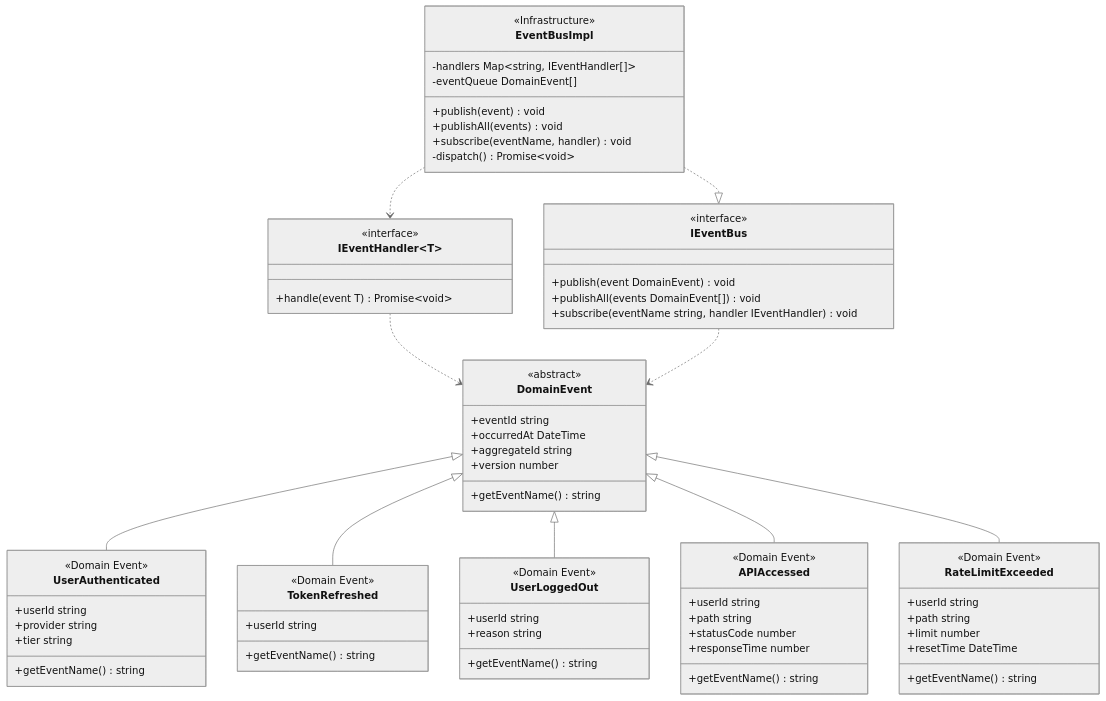
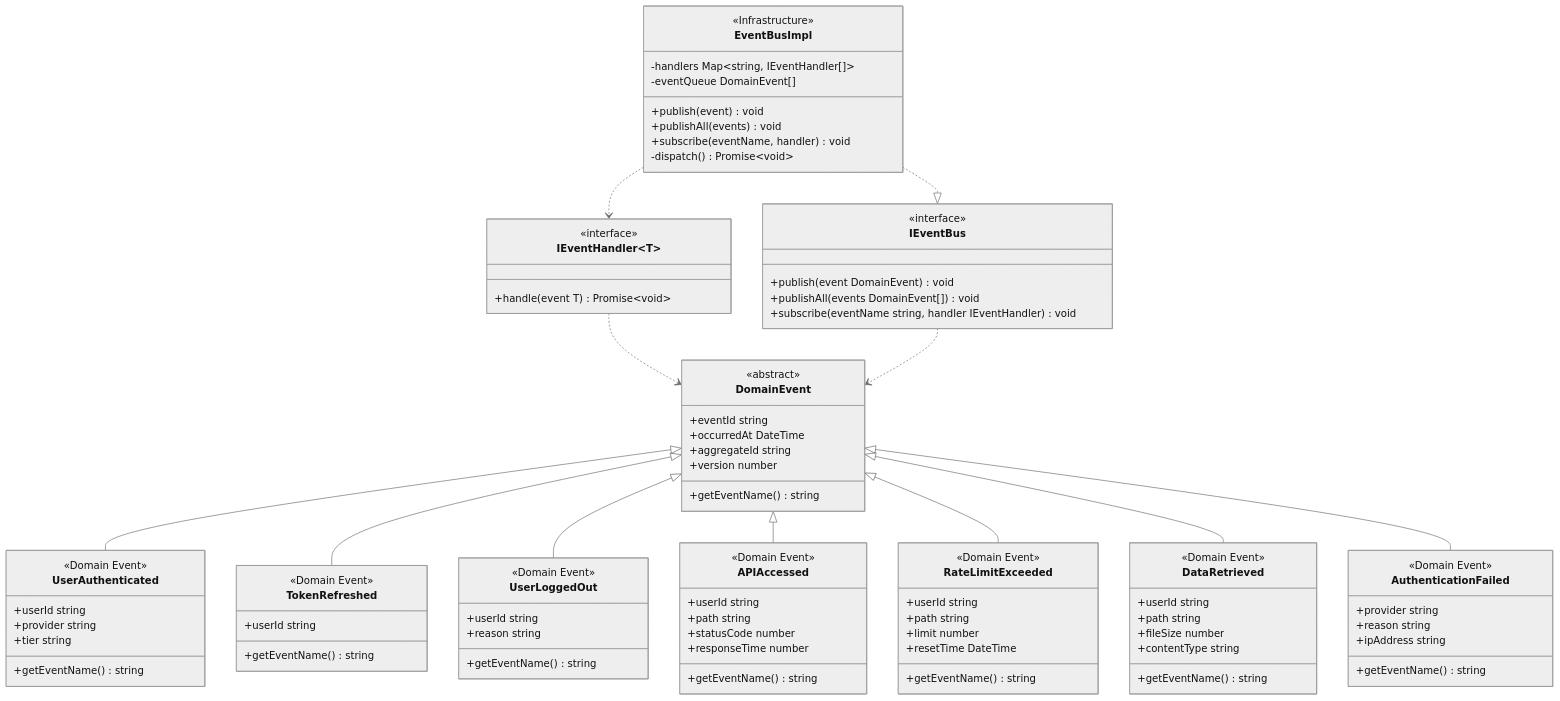
One commit to hydrangeas/redis-test changed diagram 13 of 15 in docs/specs/step5-design.md. Above: the diagram before and after it, drawn with Mermaid (neutral theme). The commit also changed other lines of this file and 1 other file, not shown here.

```diff
--- a/docs/specs/step5-design.md
+++ b/docs/specs/step5-design.md
@@ -1058,6 +1151,23 @@
         +getEventName() string
     }
     
+    class DataRetrieved {
+        <<Domain Event>>
+        +userId string
+        +path string
+        +fileSize number
+        +contentType string
+        +getEventName() string
+    }
+    
+    class AuthenticationFailed {
+        <<Domain Event>>
+        +provider string
+        +reason string
+        +ipAddress string
+        +getEventName() string
+    }
+    
     class IEventHandler~T~ {
         <<interface>>
         +handle(event T) Promise~void~
@@ -1085,6 +1195,8 @@
     DomainEvent <|-- UserLoggedOut
     DomainEvent <|-- APIAccessed
     DomainEvent <|-- RateLimitExceeded
+    DomainEvent <|-- DataRetrieved
+    DomainEvent <|-- AuthenticationFailed
     IEventHandler ..> DomainEvent
     IEventBus ..> DomainEvent
     EventBusImpl ..|> IEventBus
```
